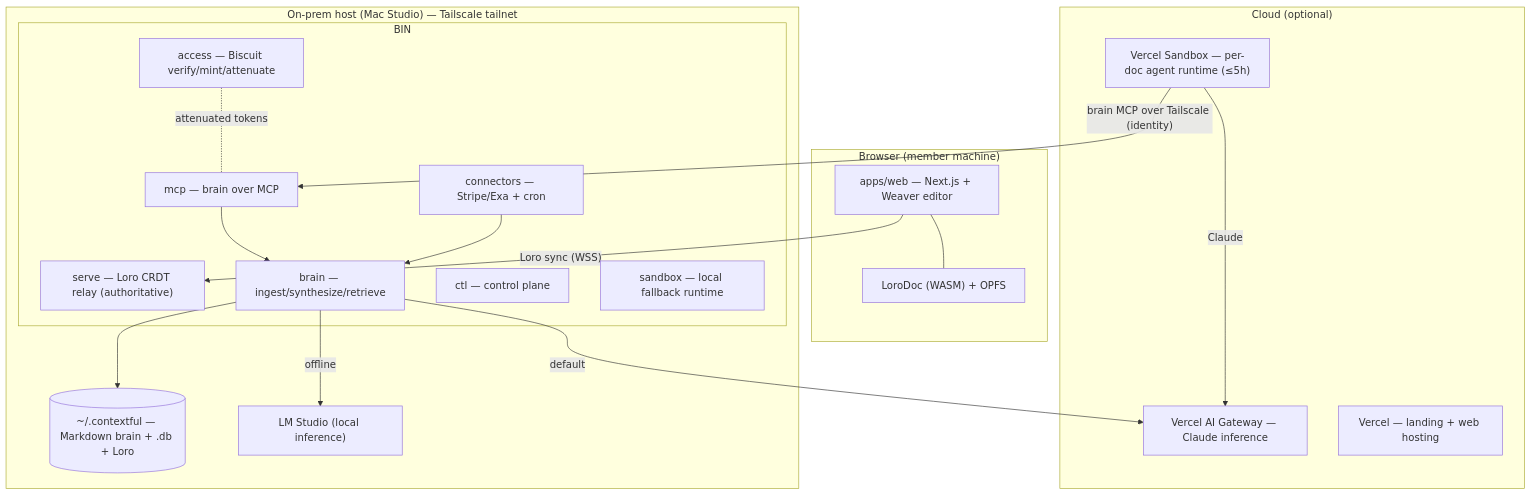
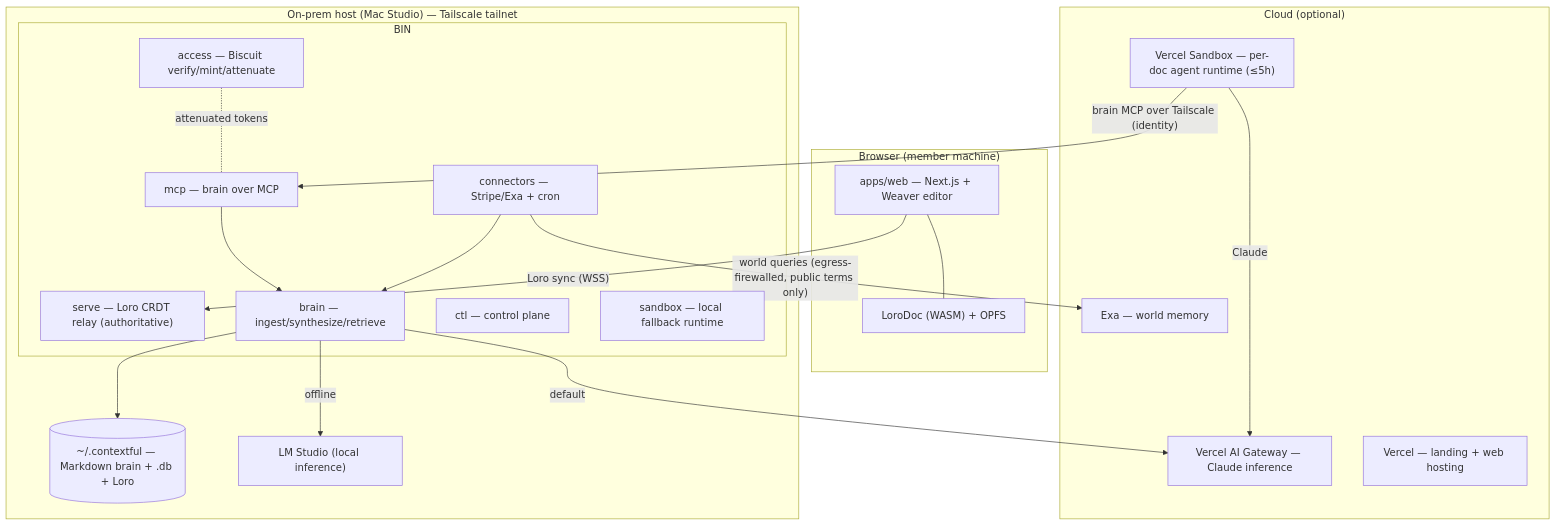
The first of 2 diagrams in specs/00-overview.md (fractalboxdev/superai2026), drawn with Mermaid before and after one commit. The commit also changed other lines of this file and 6 other files, not shown here.

First line of the commit message:
specs: add world memory (Exa) + daydreaming to the brain

````diff
--- a/specs/00-overview.md
+++ b/specs/00-overview.md
@@ -93,35 +96,37 @@
 ```mermaid
 flowchart TD
     subgraph Browser["Browser (member machine)"]
         W["apps/web — Next.js + Weaver editor"]
         LD["LoroDoc (WASM) + OPFS"]
         W --- LD
     end
     subgraph Cloud["Cloud (optional)"]
         VS["Vercel Sandbox — per-doc agent runtime (≤5h)"]
         BR2["Vercel AI Gateway — Claude inference"]
+        EX["Exa — world memory"]
         VC["Vercel — landing + web hosting"]
     end
     subgraph Host["On-prem host (Mac Studio) — Tailscale tailnet"]
         BIN["crates/sync — one Rust binary"]
         subgraph BIN
             SE["serve — Loro CRDT relay (authoritative)"]
             MC["mcp — brain over MCP"]
             BRN["brain — ingest/synthesize/retrieve"]
             CAP["access — Biscuit verify/mint/attenuate"]
             CON["connectors — Stripe/Exa + cron"]
             CTL["ctl — control plane"]
             SBX["sandbox — local fallback runtime"]
         end
         STORE[("~/.contextful — Markdown brain + .db + Loro")]
         LM["LM Studio (local inference)"]
     end
     W -- "Loro sync (WSS)" --> SE
     VS -- "brain MCP over Tailscale (identity)" --> MC
     MC --> BRN --> STORE
     CAP -. "attenuated tokens" .- MC
     CON --> BRN
+    CON -- "world queries (egress-firewalled, public terms only)" --> EX
     BRN -- default --> BR2
     BRN -- offline --> LM
     VS -- "Claude" --> BR2
 ```
````
